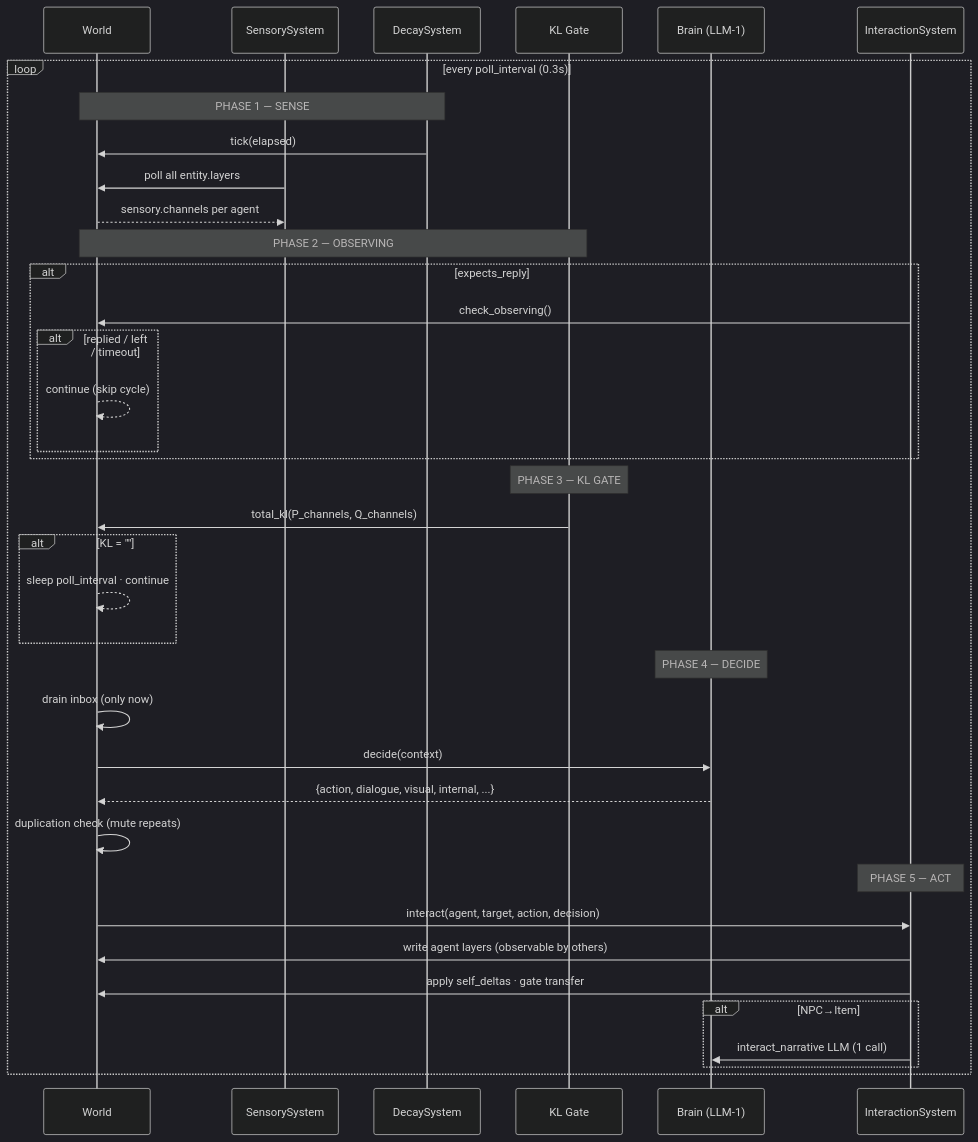
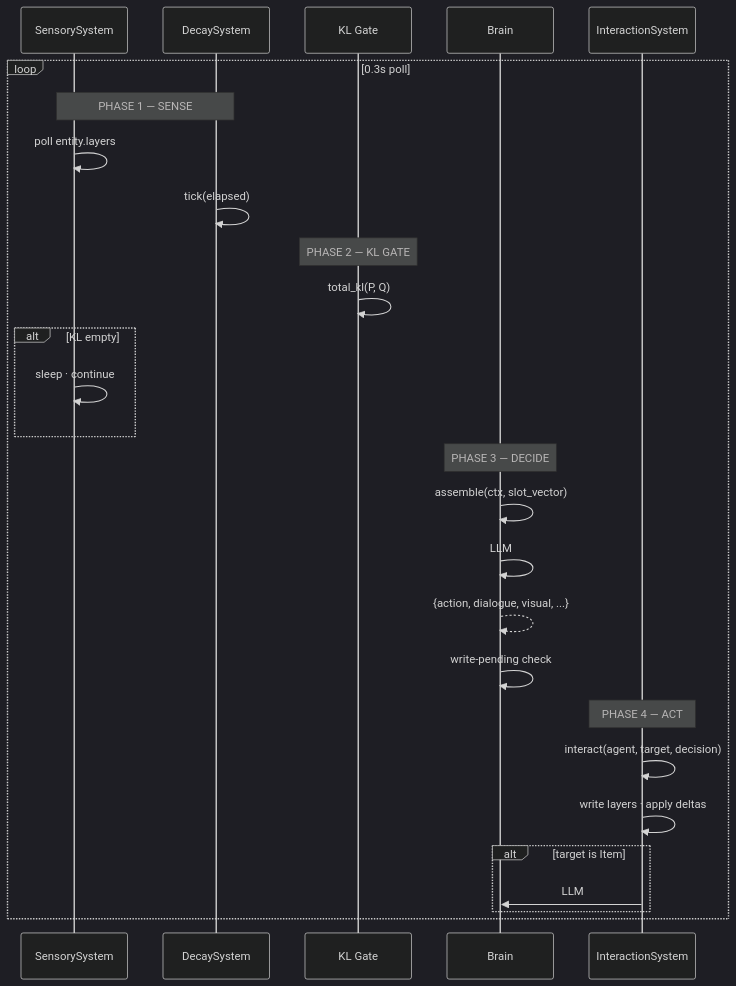
The second of 6 diagrams in README.md (flaverse/AgentWorld_Async_UI), drawn with Mermaid (dark theme) before and after one commit. The commit also changed other lines of this file and 25 other files, not shown here.

First line of the commit message:
refactor: v6 — slot vector system + delete duplication/observing + dead code elimination

````diff
--- a/README.md
+++ b/README.md
@@ -87,44 +75,33 @@
 ```mermaid
 sequenceDiagram
-    participant W as World
     participant S as SensorySystem
     participant D as DecaySystem
     participant K as KL Gate
-    participant B as Brain (LLM-1)
+    participant B as Brain
     participant I as InteractionSystem
 
-    loop every poll_interval (0.3s)
-        Note over W,D: PHASE 1 — SENSE
-        D->>W: tick(elapsed)
-        S->>W: poll all entity.layers
-        W-->>S: sensory.channels per agent
+    loop 0.3s poll
+        Note over S,D: PHASE 1 — SENSE
+        S->>S: poll entity.layers
+        D->>D: tick(elapsed)
 
-        Note over W,K: PHASE 2 — OBSERVING
-        alt expects_reply
-            I->>W: check_observing()
-            alt replied / left / timeout
-                W-->>W: continue (skip cycle)
-            end
+        Note over K: PHASE 2 — KL GATE
+        K->>K: total_kl(P, Q)
+        alt KL empty
+            S->>S: sleep · continue
         end
 
-        Note over K: PHASE 3 — KL GATE
-        K->>W: total_kl(P_channels, Q_channels)
-        alt KL = ""
-            W-->>W: sleep poll_interval · continue
-        end
+        Note over B: PHASE 3 — DECIDE
+        B->>B: assemble(ctx, slot_vector)
+        B->>B: LLM #1
+        B-->>B: {action, dialogue, visual, ...}
+        B->>B: write-pending check
 
-        Note over B: PHASE 4 — DECIDE
-        W->>W: drain inbox (only now)
-        W->>B: decide(context)
-        B-->>W: {action, dialogue, visual, internal, ...}
-        W->>W: duplication check (mute repeats)
-
-        Note over I: PHASE 5 — ACT
-        W->>I: interact(agent, target, action, decision)
-        I->>W: write agent layers (observable by others)
-        I->>W: apply self_deltas · gate transfer
-        alt NPC→Item
-            I->>B: interact_narrative LLM (1 call)
+        Note over I: PHASE 4 — ACT
+        I->>I: interact(agent, target, decision)
+        I->>I: write layers · apply deltas
+        alt target is Item
+            I->>B: LLM #2 (narrative)
         end
     end
 ```
````
